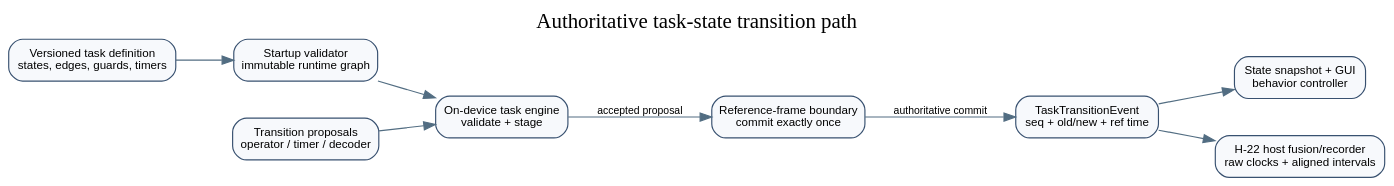
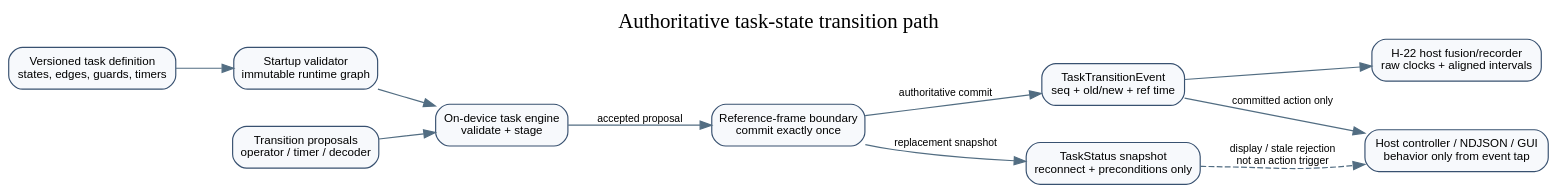
The diagram in apps/stateful-decode-and-sync/docs/task-state-authority-plan.dot (Neuro-Mechatronics-Interfaces/ScienceXYZ), drawn with Graphviz before and after one commit. The commit also changed 32 other files, not shown here.

```diff
--- a/apps/stateful-decode-and-sync/docs/task-state-authority-plan.dot
+++ b/apps/stateful-decode-and-sync/docs/task-state-authority-plan.dot
@@ -1,23 +1,26 @@
 digraph TaskStateAuthorityPlan {
   graph [rankdir=LR, bgcolor="transparent", pad=0.2, nodesep=0.45, ranksep=0.65,
          label="Authoritative task-state transition path", labelloc=t, fontsize=18];
   node [shape=box, style="rounded,filled", fillcolor="#F7F9FC", color="#385170",
         fontname="Arial", fontsize=10];
   edge [color="#526D82", fontname="Arial", fontsize=9];
 
   definition [label="Versioned task definition\nstates, edges, guards, timers"];
   validator [label="Startup validator\nimmutable runtime graph"];
   proposals [label="Transition proposals\noperator / timer / decoder"];
   engine [label="On-device task engine\nvalidate + stage"];
   boundary [label="Reference-frame boundary\ncommit exactly once"];
   event [label="TaskTransitionEvent\nseq + old/new + ref time"];
-  consumers [label="State snapshot + GUI\nbehavior controller"];
+  status [label="TaskStatus snapshot\nreconnect + preconditions only"];
+  behavior [label="Host controller / NDJSON / GUI\nbehavior only from event tap"];
   fusion [label="H-22 host fusion/recorder\nraw clocks + aligned intervals"];
 
   definition -> validator -> engine;
   proposals -> engine;
   engine -> boundary [label="accepted proposal"];
   boundary -> event [label="authoritative commit"];
-  event -> consumers;
+  boundary -> status [label="replacement snapshot"];
+  event -> behavior [label="committed action only"];
+  status -> behavior [style=dashed, label="display / stale rejection\nnot an action trigger"];
   event -> fusion;
 }
```
